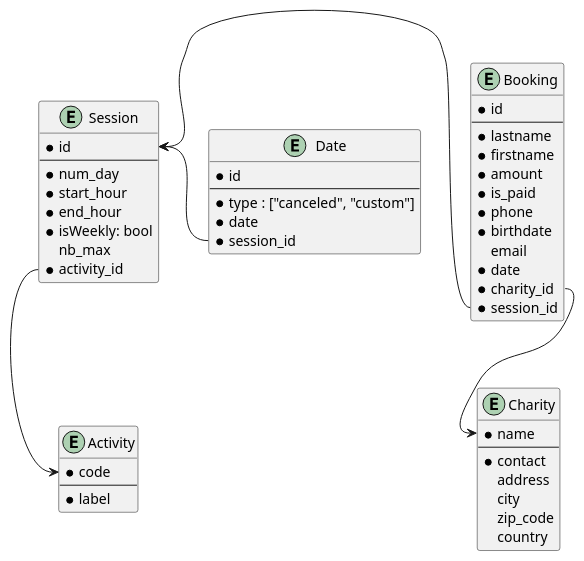
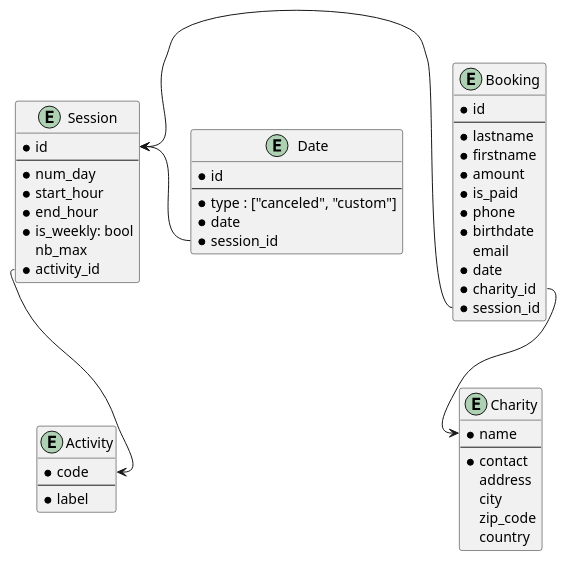
The diagram in schema/relation.puml (vsantele/IG2-java-projet), drawn with PlantUML before and after one commit.

Commit message:
camel_case vie

```diff
--- a/schema/relation.puml
+++ b/schema/relation.puml
@@ -1,57 +1,57 @@
 @startuml database
   entity Activity {
     * code
     --
     * label
   }
 
   entity Session {
     * id
     --
     * num_day
     * start_hour
     * end_hour
-    * isWeekly: bool
+    * is_weekly: bool
     nb_max
     * activity_id
   }
 
   entity Booking {
     * id
     --
     * lastname
     * firstname
     * amount
     * is_paid
     * phone
     * birthdate
     email
     * date
     * charity_id
     * session_id
   }
 
   entity Date {
     * id
     --
     * type : ["canceled", "custom"]
     * date
     * session_id
   }
 
   entity Charity {
     * name
     --
     * contact
     address
     city
     zip_code
     country
   }
 
 
   Activity::code <-up- Session::activity_id
   Session::id <-right- Booking::session_id
   Session::id <-right- Date::session_id
   Charity::name <-up- Booking::charity_id
 @enduml
```
